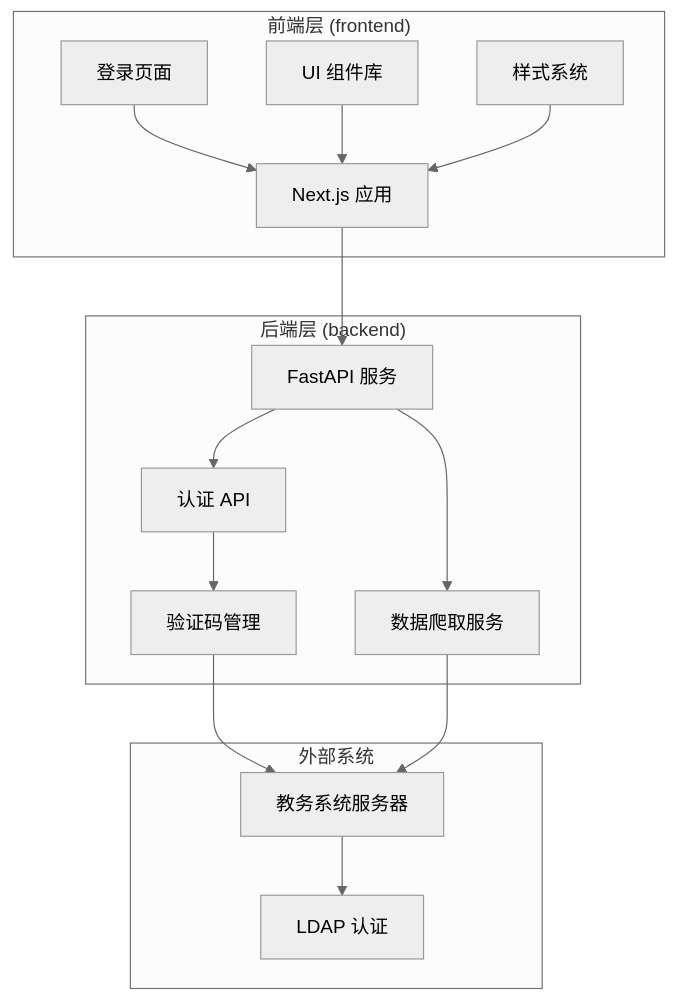
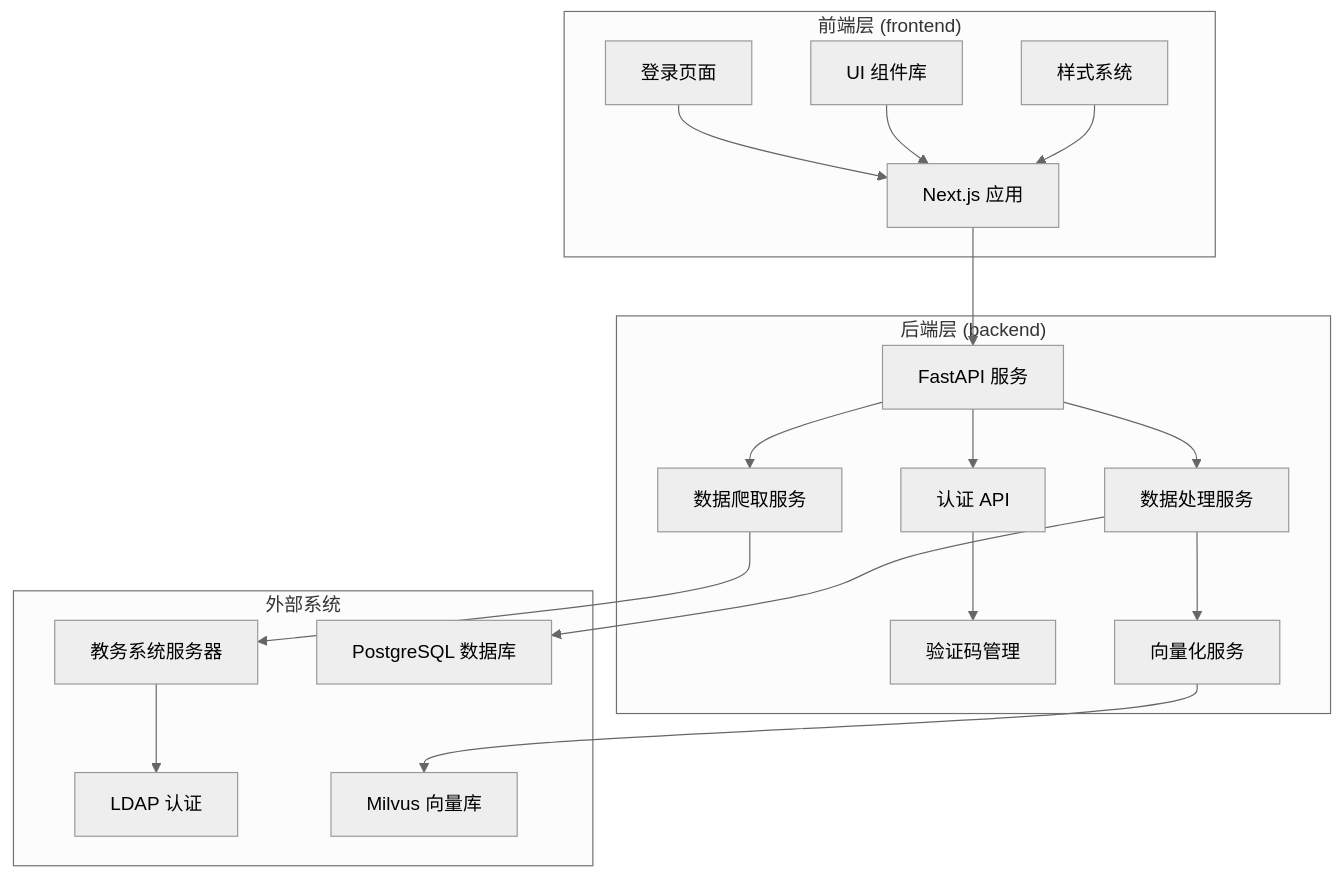
The first of 11 diagrams in .qoder/repowiki/zh/content/前端应用文档/登录页面与认证流程.md (ghbbn053-ship-itsoulddog/soulddog), drawn with Mermaid (neutral theme) before and after one commit. The commit also changed other lines of this file and 8 other files, not shown here.

````diff
--- a/.qoder/repowiki/zh/content/前端应用文档/登录页面与认证流程.md
+++ b/.qoder/repowiki/zh/content/前端应用文档/登录页面与认证流程.md
@@ -57,29 +61,36 @@
 ```mermaid
 graph TB
 subgraph "前端层 (frontend)"
 A[Next.js 应用]
 B[登录页面]
 C[UI 组件库]
 D[样式系统]
 end
 subgraph "后端层 (backend)"
 E[FastAPI 服务]
 F[认证 API]
 G[数据爬取服务]
 H[验证码管理]
+I[数据处理服务]
+J[向量化服务]
 end
 subgraph "外部系统"
-I[教务系统服务器]
-J[LDAP 认证]
+K[教务系统服务器]
+L[LDAP 认证]
+M[Milvus 向量库]
+N[PostgreSQL 数据库]
 end
 A --> E
 B --> A
 C --> A
 D --> A
 E --> F
 E --> G
+E --> I
 F --> H
-H --> I
-G --> I
+G --> K
 I --> J
+I --> N
+J --> M
+K --> L
 ```
````
